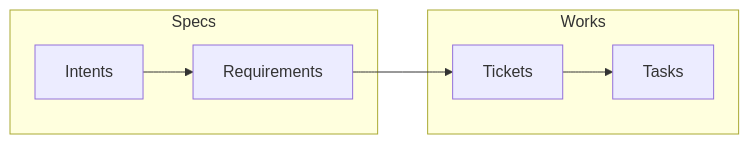
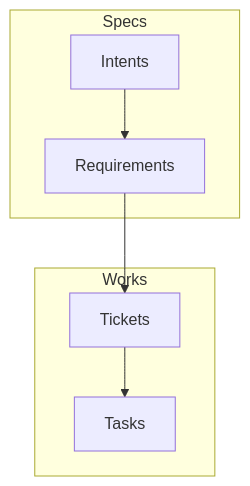
One commit to Gabriel-RABHI/ActionBridge changed the second of 2 diagrams in Notes/README-2.md. Above: the diagram before and after it, drawn with Mermaid. The commit also changed other lines of this file and 3 other files, not shown here.

````diff
--- a/Notes/README-2.md
+++ b/Notes/README-2.md
@@ -178,13 +474,13 @@
 ```mermaid
-flowchart LR
+flowchart
 
 subgraph Specs
 Intents --> Requirements
 end
 subgraph Works
 Tickets --> Tasks
 end
 
 Requirements --> Tickets
 
 ```
````
